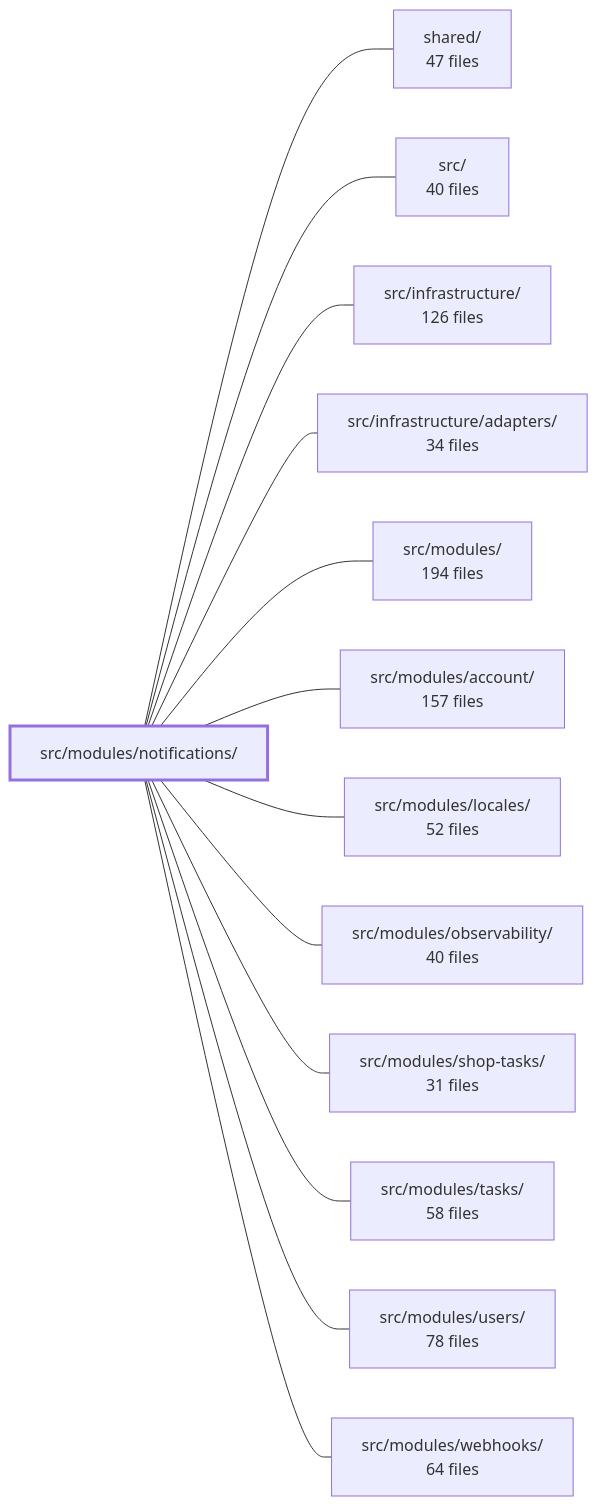
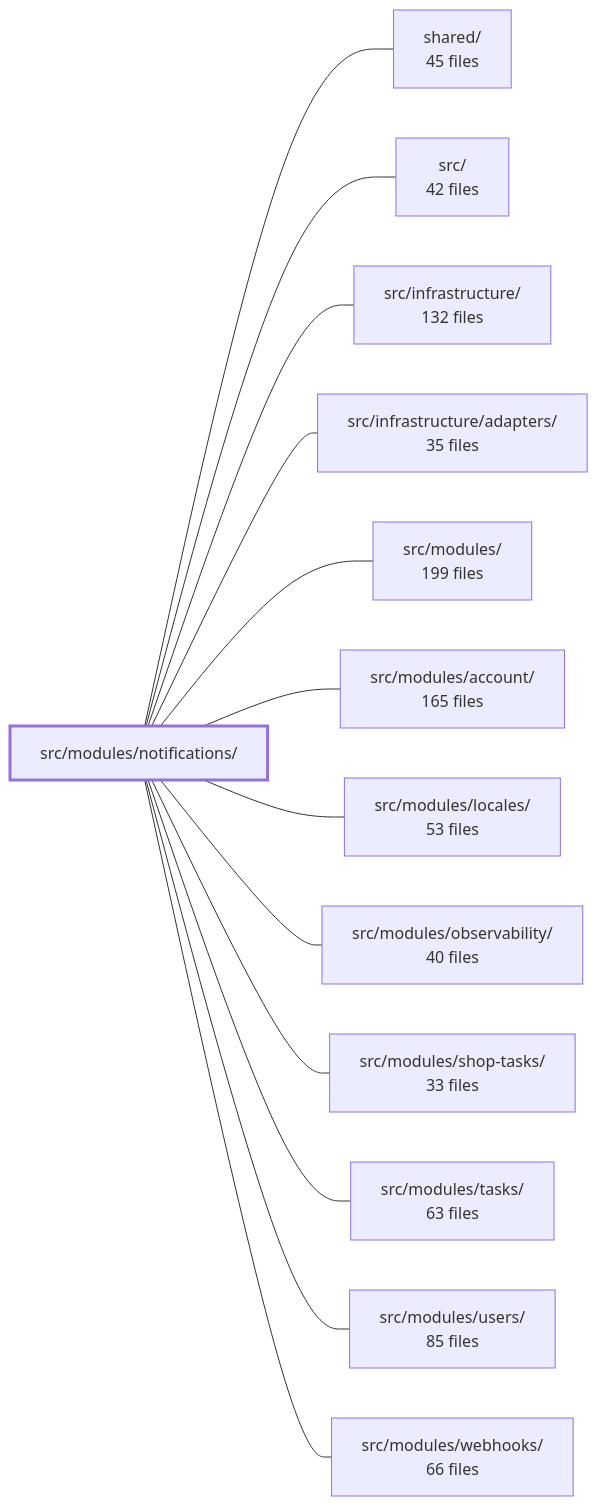
The diagram in .2brain/modules/boilerplate-node-backend_src_modules_notifications.md (Guebbit/boilerplate-node-backend), drawn with Mermaid before and after one commit. The commit also changed other lines of this file and 1102 other files, not shown here.

````diff
--- a/.2brain/modules/boilerplate-node-backend_src_modules_notifications.md
+++ b/.2brain/modules/boilerplate-node-backend_src_modules_notifications.md
@@ -46,29 +46,29 @@
 ```mermaid
 flowchart LR
     m_src_modules_notifications["src/modules/notifications/"]
-    m_shared["shared/<br/>47 files"]
-    m_src["src/<br/>40 files"]
-    m_src_infrastructure["src/infrastructure/<br/>126 files"]
-    m_src_infrastructure_adapters["src/infrastructure/adapters/<br/>34 files"]
-    m_src_modules["src/modules/<br/>194 files"]
-    m_src_modules_account["src/modules/account/<br/>157 files"]
-    m_src_modules_locales["src/modules/locales/<br/>52 files"]
+    m_shared["shared/<br/>45 files"]
+    m_src["src/<br/>42 files"]
+    m_src_infrastructure["src/infrastructure/<br/>132 files"]
+    m_src_infrastructure_adapters["src/infrastructure/adapters/<br/>35 files"]
+    m_src_modules["src/modules/<br/>199 files"]
+    m_src_modules_account["src/modules/account/<br/>165 files"]
+    m_src_modules_locales["src/modules/locales/<br/>53 files"]
     m_src_modules_observability["src/modules/observability/<br/>40 files"]
-    m_src_modules_shop_tasks["src/modules/shop-tasks/<br/>31 files"]
-    m_src_modules_tasks["src/modules/tasks/<br/>58 files"]
-    m_src_modules_users["src/modules/users/<br/>78 files"]
-    m_src_modules_webhooks["src/modules/webhooks/<br/>64 files"]
+    m_src_modules_shop_tasks["src/modules/shop-tasks/<br/>33 files"]
+    m_src_modules_tasks["src/modules/tasks/<br/>63 files"]
+    m_src_modules_users["src/modules/users/<br/>85 files"]
+    m_src_modules_webhooks["src/modules/webhooks/<br/>66 files"]
     m_src_modules_notifications --- m_shared
     m_src_modules_notifications --- m_src
     m_src_modules_notifications --- m_src_infrastructure
     m_src_modules_notifications --- m_src_infrastructure_adapters
     m_src_modules_notifications --- m_src_modules
     m_src_modules_notifications --- m_src_modules_account
     m_src_modules_notifications --- m_src_modules_locales
     m_src_modules_notifications --- m_src_modules_observability
     m_src_modules_notifications --- m_src_modules_shop_tasks
     m_src_modules_notifications --- m_src_modules_tasks
     m_src_modules_notifications --- m_src_modules_users
     m_src_modules_notifications --- m_src_modules_webhooks
     style m_src_modules_notifications stroke-width:3px
 ```
````
